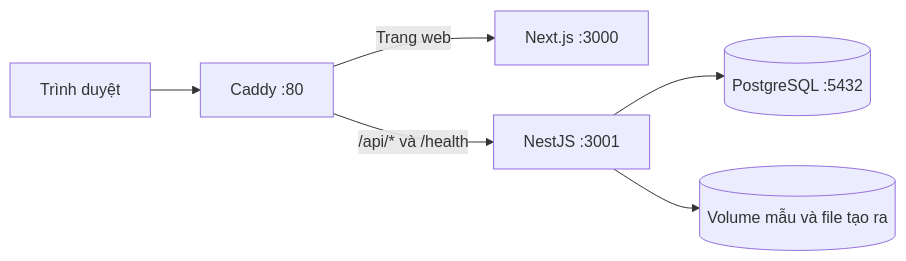
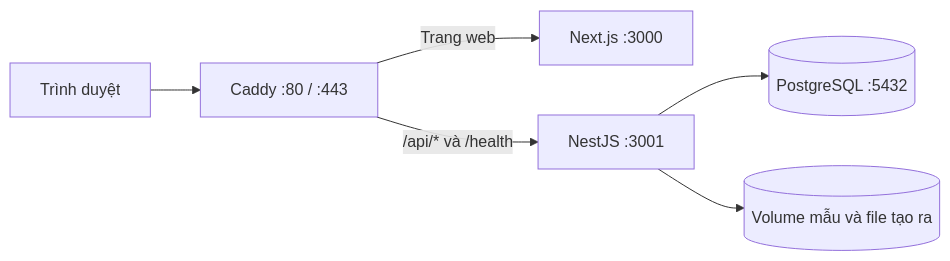
Before and after one commit to tranchien2105/document-template-library: the second of 2 diagrams in README.md, drawn with Mermaid. The commit also changed other lines of this file and 6 other files, not shown here.

````diff
--- a/README.md
+++ b/README.md
@@ -73,8 +73,8 @@
 ```mermaid
 flowchart LR
-    User[Trình duyệt] --> Caddy[Caddy :80]
+    User[Trình duyệt] --> Caddy[Caddy :80 / :443]
     Caddy -->|Trang web| Next[Next.js :3000]
     Caddy -->|/api/* và /health| Nest[NestJS :3001]
     Nest --> DB[(PostgreSQL :5432)]
     Nest --> Storage[(Volume mẫu và file tạo ra)]
 ```
````
